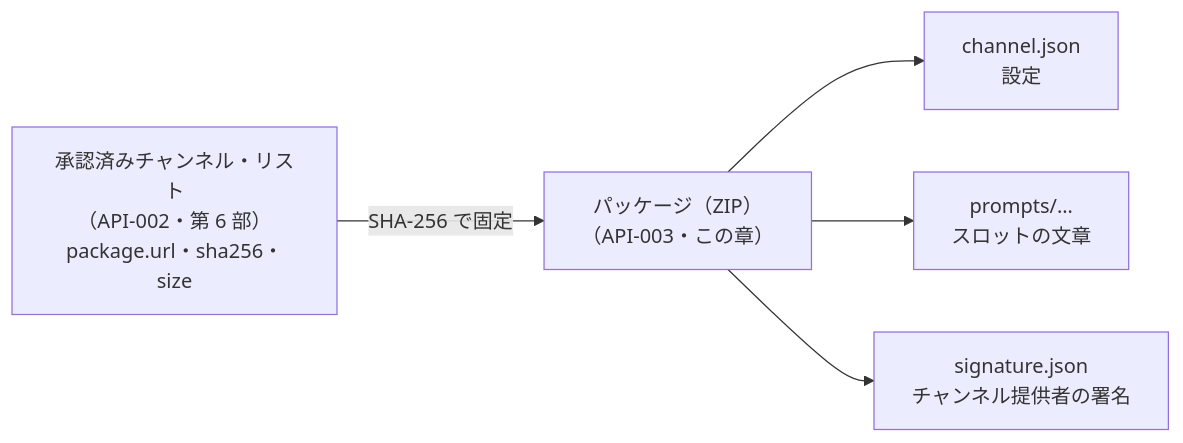
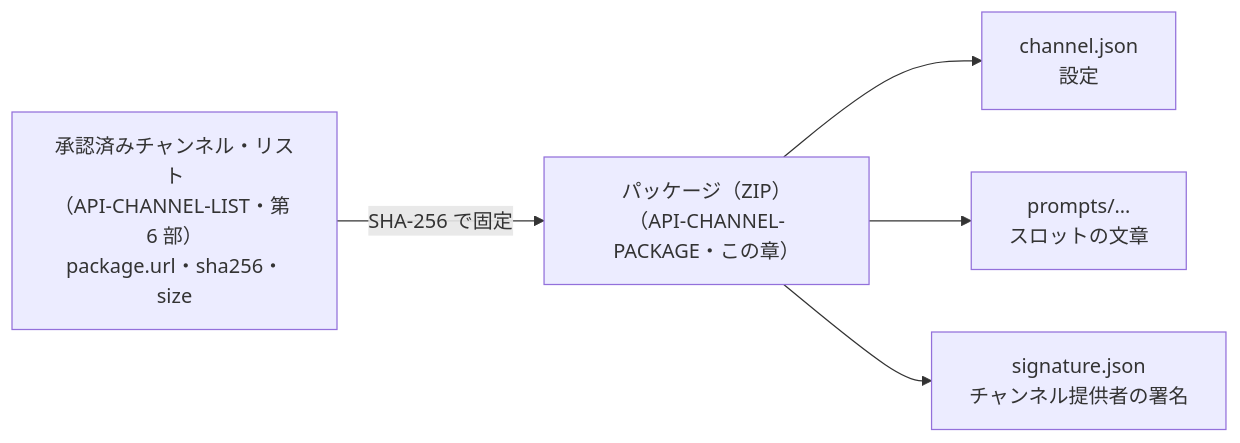
Before and after one commit to duwenji/yorisoi-tutorial: the diagram in 05-station-format/02-package-format.md, drawn with Mermaid. The commit also changed other lines of this file and 32 other files, not shown here.

````diff
--- a/05-station-format/02-package-format.md
+++ b/05-station-format/02-package-format.md
@@ -17,7 +17,7 @@
 ```mermaid
 flowchart LR
-    L["承認済みチャンネル・リスト<br/>（API-002・第 6 部）<br/>package.url・sha256・size"] -->|"SHA-256 で固定"| P["パッケージ（ZIP）<br/>（API-003・この章）"]
+    L["承認済みチャンネル・リスト<br/>（API-CHANNEL-LIST・第 6 部）<br/>package.url・sha256・size"] -->|"SHA-256 で固定"| P["パッケージ（ZIP）<br/>（API-CHANNEL-PACKAGE・この章）"]
     P --> CJ["channel.json<br/>設定"]
     P --> SL["prompts/…<br/>スロットの文章"]
     P --> SG["signature.json<br/>チャンネル提供者の署名"]
 ```
````
